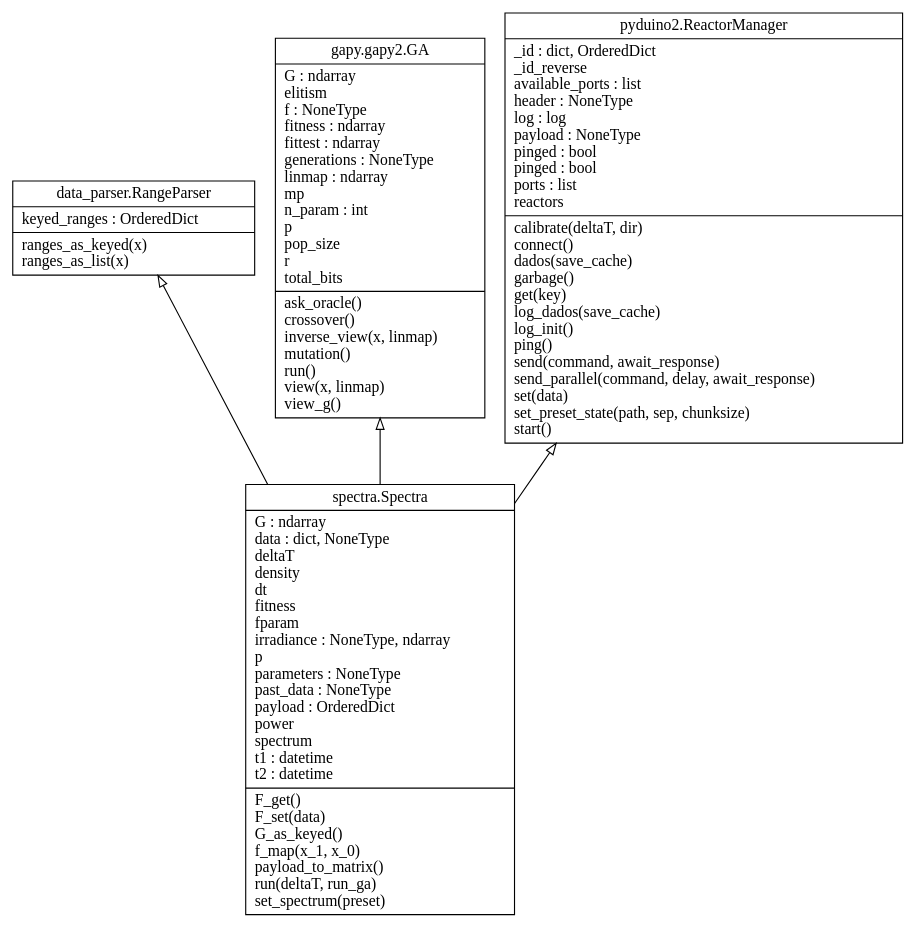
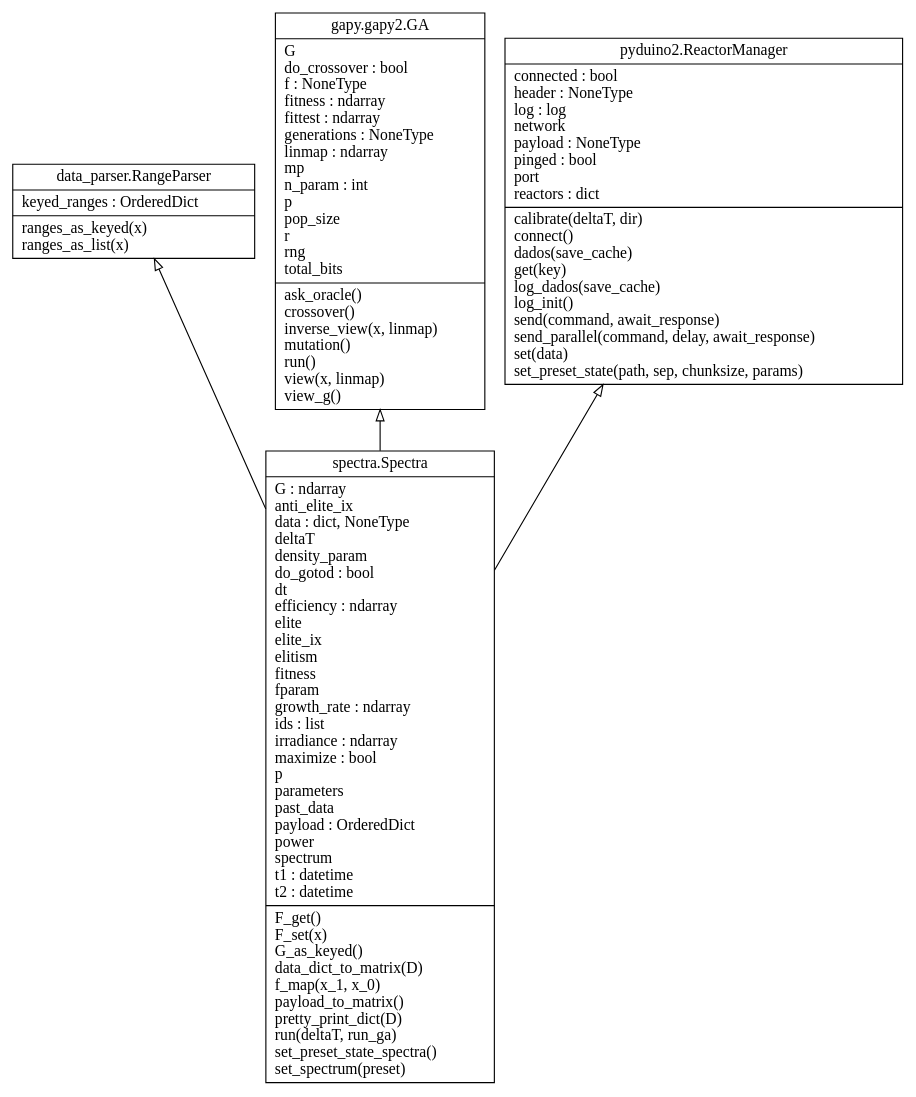
One commit to fotobiolab-unb/pyduino-parallel changed the diagram in docs/source/diagrams/Spectra.dot. Above: the diagram before and after it, drawn with Graphviz. The commit also changed 81 other files, not shown here.

```diff
--- a/docs/source/diagrams/Spectra.dot
+++ b/docs/source/diagrams/Spectra.dot
@@ -1,11 +1,11 @@
 digraph "Spectra" {
 charset="utf-8"
 rankdir=BT
 "0" [label="{data_parser.RangeParser|keyed_ranges : OrderedDict\l|ranges_as_keyed(x)\lranges_as_list(x)\l}", shape="record"];
-"1" [label="{gapy.gapy2.GA|G : ndarray\lelitism\lf : NoneType\lfitness : ndarray\lfittest : ndarray\lgenerations : NoneType\llinmap : ndarray\lmp\ln_param : int\lp\lpop_size\lr\ltotal_bits\l|ask_oracle()\lcrossover()\linverse_view(x, linmap)\lmutation()\lrun()\lview(x, linmap)\lview_g()\l}", shape="record"];
-"2" [label="{pyduino2.ReactorManager|_id : dict, OrderedDict\l_id_reverse\lavailable_ports : list\lheader : NoneType\llog : log\lpayload : NoneType\lpinged : bool\lpinged : bool\lports : list\lreactors\l|calibrate(deltaT, dir)\lconnect()\ldados(save_cache)\lgarbage()\lget(key)\llog_dados(save_cache)\llog_init()\lping()\lsend(command, await_response)\lsend_parallel(command, delay, await_response)\lset(data)\lset_preset_state(path, sep, chunksize)\lstart()\l}", shape="record"];
-"3" [label="{spectra.Spectra|G : ndarray\ldata : dict, NoneType\ldeltaT\ldensity\ldt\lfitness\lfparam\lirradiance : NoneType, ndarray\lp\lparameters : NoneType\lpast_data : NoneType\lpayload : OrderedDict\lpower\lspectrum\lt1 : datetime\lt2 : datetime\l|F_get()\lF_set(data)\lG_as_keyed()\lf_map(x_1, x_0)\lpayload_to_matrix()\lrun(deltaT, run_ga)\lset_spectrum(preset)\l}", shape="record"];
+"1" [label="{gapy.gapy2.GA|G\ldo_crossover : bool\lf : NoneType\lfitness : ndarray\lfittest : ndarray\lgenerations : NoneType\llinmap : ndarray\lmp\ln_param : int\lp\lpop_size\lr\lrng\ltotal_bits\l|ask_oracle()\lcrossover()\linverse_view(x, linmap)\lmutation()\lrun()\lview(x, linmap)\lview_g()\l}", shape="record"];
+"2" [label="{pyduino2.ReactorManager|connected : bool\lheader : NoneType\llog : log\lnetwork\lpayload : NoneType\lpinged : bool\lport\lreactors : dict\l|calibrate(deltaT, dir)\lconnect()\ldados(save_cache)\lget(key)\llog_dados(save_cache)\llog_init()\lsend(command, await_response)\lsend_parallel(command, delay, await_response)\lset(data)\lset_preset_state(path, sep, chunksize, params)\l}", shape="record"];
+"3" [label="{spectra.Spectra|G : ndarray\lanti_elite_ix\ldata : dict, NoneType\ldeltaT\ldensity_param\ldo_gotod : bool\ldt\lefficiency : ndarray\lelite\lelite_ix\lelitism\lfitness\lfparam\lgrowth_rate : ndarray\lids : list\lirradiance : ndarray\lmaximize : bool\lp\lparameters\lpast_data\lpayload : OrderedDict\lpower\lspectrum\lt1 : datetime\lt2 : datetime\l|F_get()\lF_set(x)\lG_as_keyed()\ldata_dict_to_matrix(D)\lf_map(x_1, x_0)\lpayload_to_matrix()\lpretty_print_dict(D)\lrun(deltaT, run_ga)\lset_preset_state_spectra()\lset_spectrum(preset)\l}", shape="record"];
 "3" -> "0" [arrowhead="empty", arrowtail="none"];
 "3" -> "1" [arrowhead="empty", arrowtail="none"];
 "3" -> "2" [arrowhead="empty", arrowtail="none"];
 }
```
